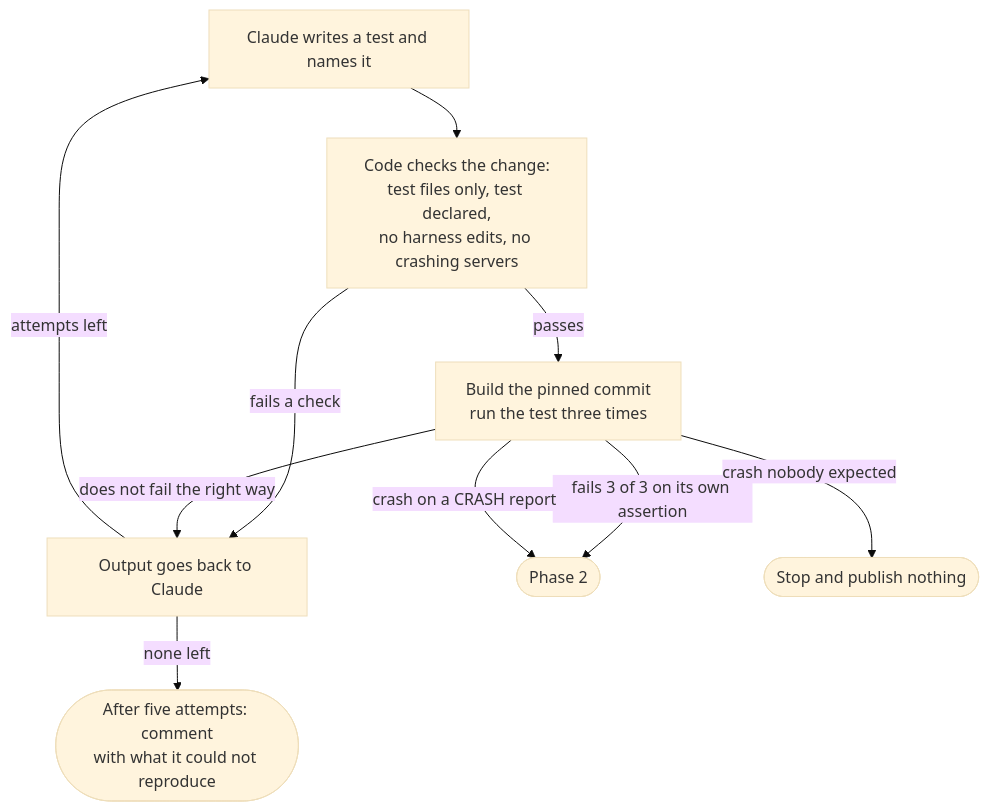
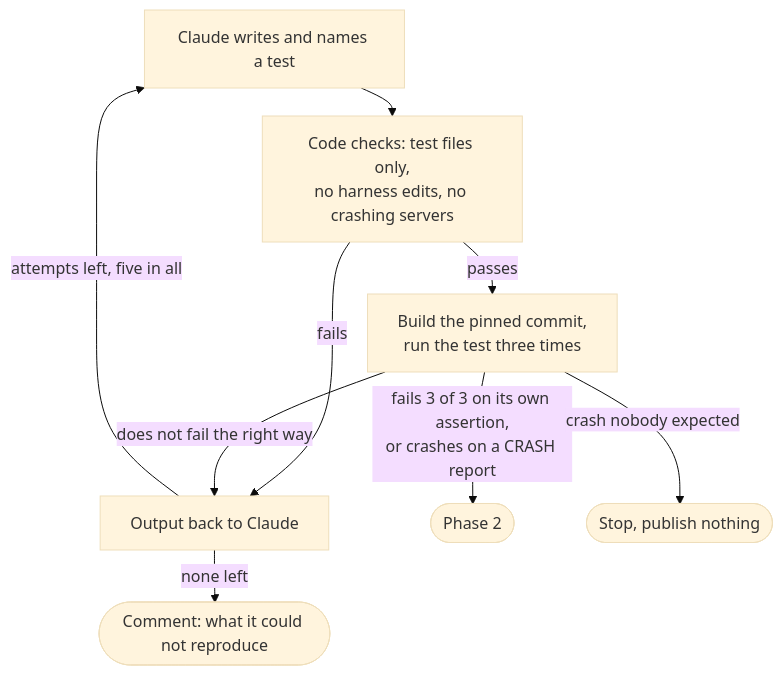
The second of 5 diagrams in docs/design/software-factory.md (sarthakaggarwal97/valkey-ci-agent), drawn with Mermaid (base theme) before and after one commit. The commit also changed other lines of this file, not shown here.

Commit message:
Compact the post's diagrams and cut prose that repeats them

````diff
--- a/docs/design/software-factory.md
+++ b/docs/design/software-factory.md
@@ -87,19 +86,12 @@
 ```mermaid
+%%{init: {"flowchart": {"nodeSpacing": 20, "rankSpacing": 28}}}%%
 flowchart TD
-    A["Claude writes a test and names it"]
-    B["Code checks the change:<br/>test files only, test declared,<br/>no harness edits, no crashing servers"]
-    C["Build the pinned commit<br/>run the test three times"]
-    R["Output goes back to Claude"]
-    N(["After five attempts: comment<br/>with what it could not reproduce"])
-    P2(["Phase 2"])
-    S(["Stop and publish nothing"])
-    A --> B
-    B -->|"fails a check"| R
-    B -->|"passes"| C
-    C -->|"fails 3 of 3 on its own assertion"| P2
+    A["Claude writes and names a test"] --> B["Code checks: test files only,<br/>no harness edits, no crashing servers"]
+    B -->|"passes"| C["Build the pinned commit,<br/>run the test three times"]
+    B -->|"fails"| R["Output back to Claude"]
     C -->|"does not fail the right way"| R
-    C -->|"crash on a CRASH report"| P2
-    C -->|"crash nobody expected"| S
-    R -->|"attempts left"| A
-    R -->|"none left"| N
+    R -->|"attempts left, five in all"| A
+    R -->|"none left"| N(["Comment: what it could not reproduce"])
+    C -->|"fails 3 of 3 on its own assertion,<br/>or crashes on a CRASH report"| P2(["Phase 2"])
+    C -->|"crash nobody expected"| S(["Stop, publish nothing"])
 ```
````
